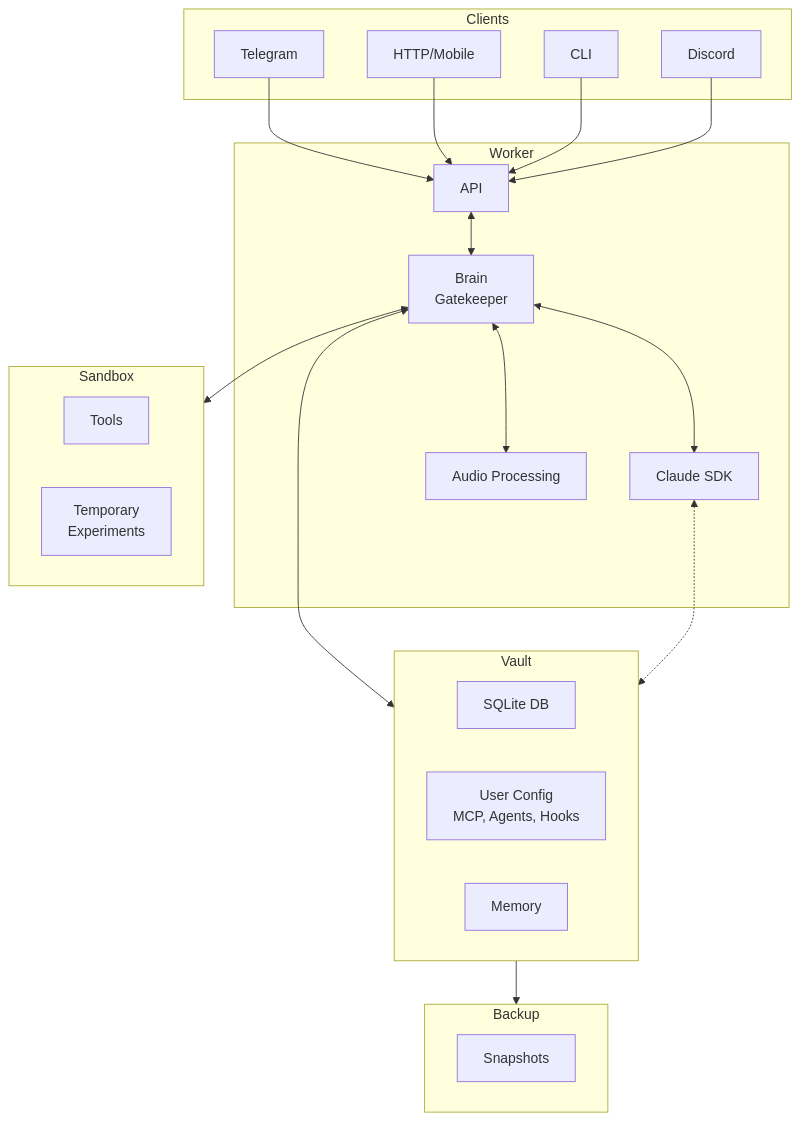
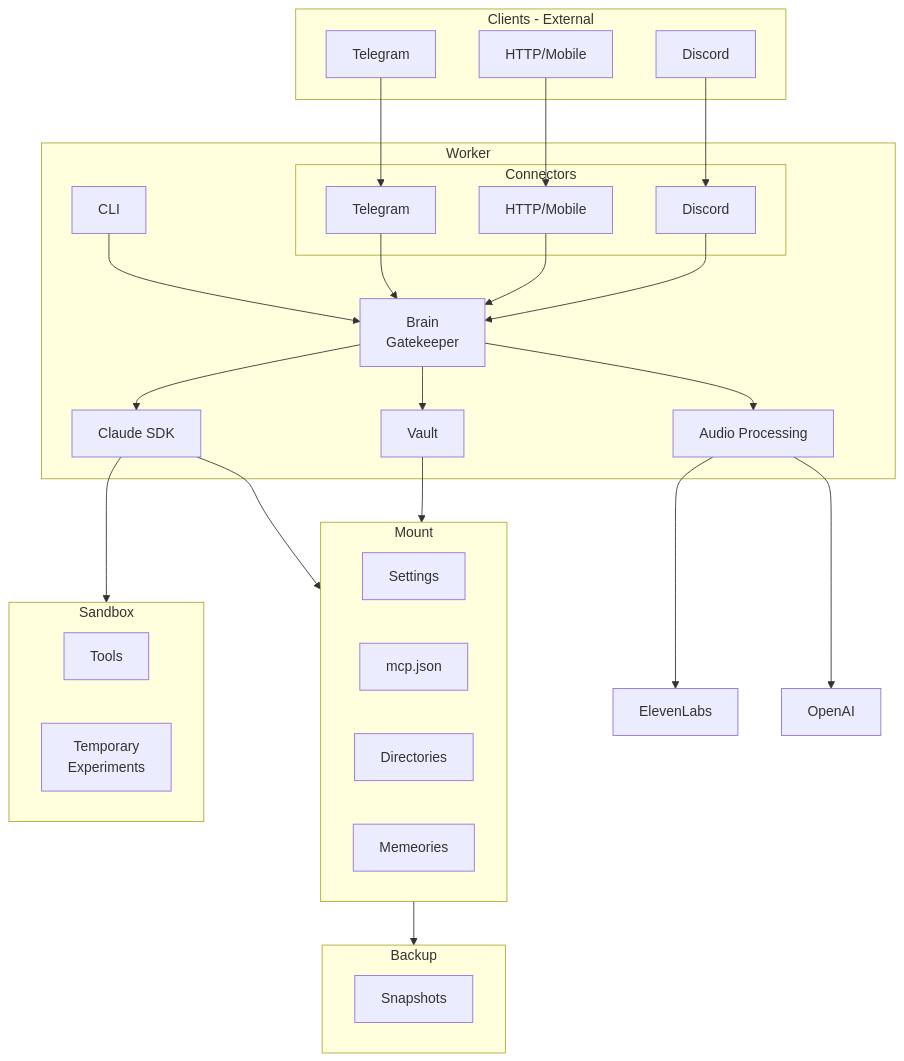
The diagram in docs/single-instance-architecture.md (KoroMind/KoroMind), drawn with Mermaid before and after one commit. The commit also changed other lines of this file and 2 other files, not shown here.

First line of the commit message:
Update architecture: Vault inside Worker, Mount as persistent storage

````diff
--- a/docs/single-instance-architecture.md
+++ b/docs/single-instance-architecture.md
@@ -5,45 +5,60 @@
 ```mermaid
 graph TD
-    subgraph Clients[Clients]
+    subgraph Clients[Clients - External]
         TG[Telegram]
         HTTP[HTTP/Mobile]
-        CLI[CLI]
         DISC[Discord]
     end
 
     subgraph Worker[Worker]
+        subgraph Connectors[Connectors]
+            TGW[Telegram]
+            HTTPW[HTTP/Mobile]
+            DISCW[Discord]
+        end
+        CLI[CLI]
         BRAIN[Brain <br> Gatekeeper]
         SDK[Claude SDK]
         VOICE[Audio Processing]
-
-        BRAIN <--> VOICE
-        API <--> BRAIN
-
-        BRAIN <--> SDK
+        VAULT[Vault]
     end
 
-    subgraph Vault[Vault]
-        STATE[SQLite DB]
-        CONFIG[User Config<br/>MCP, Agents, Hooks]
-        MEMORY[Memory]
+    subgraph Mount[Mount]
+        SETTINGS[Settings]
+        MCP[mcp.json]
+        DIR[Directories]
+        MEM[Memeories]
     end
 
     subgraph Backup[Backup]
         SNAP[Snapshots]
     end
 
     subgraph Sandbox[Sandbox]
         TOOLS[Tools]
         TMP[Temporary <br> Experiments]
     end
 
-    TG --> API
-    HTTP --> API
-    CLI --> API
-    DISC --> API
+    
+    TG --> TGW
+    HTTP --> HTTPW
+    DISC --> DISCW
+    CLI --> BRAIN
 
-    BRAIN <--> Vault
-    BRAIN <--> Sandbox
-    SDK <-.-> Vault
-    Vault --> Backup
+    TGW --> BRAIN
+    HTTPW --> BRAIN
+    DISCW --> BRAIN
+    BRAIN --> VAULT
+
+    BRAIN --> SDK
+    BRAIN --> VOICE
+    SDK --> Sandbox
+
+    SDK --> Mount
+
+    VAULT --> Mount
+    VOICE --> ElevenLabs
+    VOICE --> OpenAI
+
+    Mount --> Backup
 ```
````
